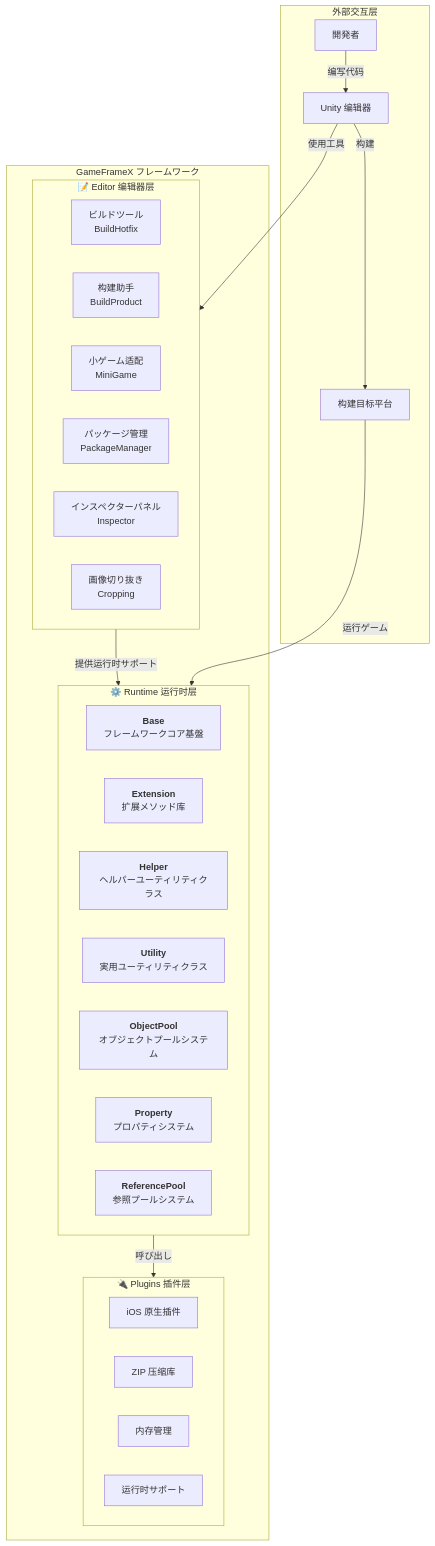
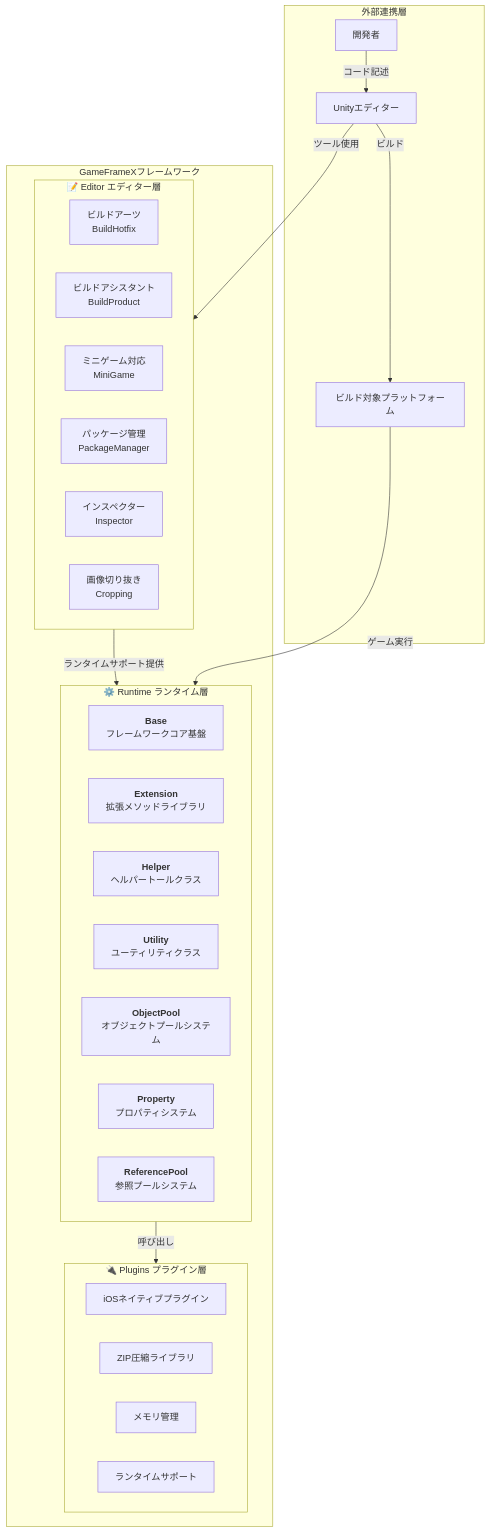
Before and after one commit to AlianBlank/GameFrameX.Docs: the first of 2 diagrams in docs/ja/client/unity/component/core/01.overview.md, drawn with Mermaid. The commit also changed other lines of this file and 320 other files, not shown here.

````diff
--- a/docs/ja/client/unity/component/core/01.overview.md
+++ b/docs/ja/client/unity/component/core/01.overview.md
@@ -40,43 +40,43 @@
 ```mermaid
 flowchart TB
-    subgraph External["外部交互层"]
+    subgraph External["外部連携層"]
         Developer["開発者"]
-        UnityEditor["Unity 编辑器"]
-        BuildTarget["构建目标平台"]
+        UnityEditor["Unityエディター"]
+        BuildTarget["ビルド対象プラットフォーム"]
     end
 
-    subgraph GameFrameX["GameFrameX フレームワーク"]
-        subgraph Editor["📝 Editor 编辑器层"]
-            E1["ビルドツール<br/>BuildHotfix"]
-            E2["构建助手<br/>BuildProduct"]
-            E3["小ゲーム适配<br/>MiniGame"]
+    subgraph GameFrameX["GameFrameXフレームワーク"]
+        subgraph Editor["📝 Editor エディター層"]
+            E1["ビルドアーツ<br/>BuildHotfix"]
+            E2["ビルドアシスタント<br/>BuildProduct"]
+            E3["ミニゲーム対応<br/>MiniGame"]
             E4["パッケージ管理<br/>PackageManager"]
-            E5["インスペクターパネル<br/>Inspector"]
+            E5["インスペクター<br/>Inspector"]
             E6["画像切り抜き<br/>Cropping"]
         end
 
-        subgraph Runtime["⚙️ Runtime 运行时层"]
+        subgraph Runtime["⚙️ Runtime ランタイム層"]
             R1["<b>Base</b><br/>フレームワークコア基盤"]
-            R2["<b>Extension</b><br/>扩展メソッド库"]
-            R3["<b>Helper</b><br/>ヘルパーユーティリティクラス"]
-            R4["<b>Utility</b><br/>実用ユーティリティクラス"]
+            R2["<b>Extension</b><br/>拡張メソッドライブラリ"]
+            R3["<b>Helper</b><br/>ヘルパートールクラス"]
+            R4["<b>Utility</b><br/>ユーティリティクラス"]
             R5["<b>ObjectPool</b><br/>オブジェクトプールシステム"]
             R6["<b>Property</b><br/>プロパティシステム"]
             R7["<b>ReferencePool</b><br/>参照プールシステム"]
         end
 
-        subgraph Plugins["🔌 Plugins 插件层"]
-            P1["iOS 原生插件"]
-            P2["ZIP 压缩库"]
-            P3["内存管理"]
-            P4["运行时サポート"]
+        subgraph Plugins["🔌 Plugins プラグイン層"]
+            P1["iOSネイティブプラグイン"]
+            P2["ZIP圧縮ライブラリ"]
+            P3["メモリ管理"]
+            P4["ランタイムサポート"]
         end
     end
 
-    Developer -->|编写代码| UnityEditor
-    UnityEditor -->|构建| BuildTarget
-    UnityEditor -->|使用工具| Editor
-    Editor -->|提供运行时サポート| Runtime
+    Developer -->|コード記述| UnityEditor
+    UnityEditor -->|ビルド| BuildTarget
+    UnityEditor -->|ツール使用| Editor
+    Editor -->|ランタイムサポート提供| Runtime
     Runtime -->|呼び出し| Plugins
-    BuildTarget -->|运行ゲーム| Runtime
+    BuildTarget -->|ゲーム実行| Runtime
 ```
````
